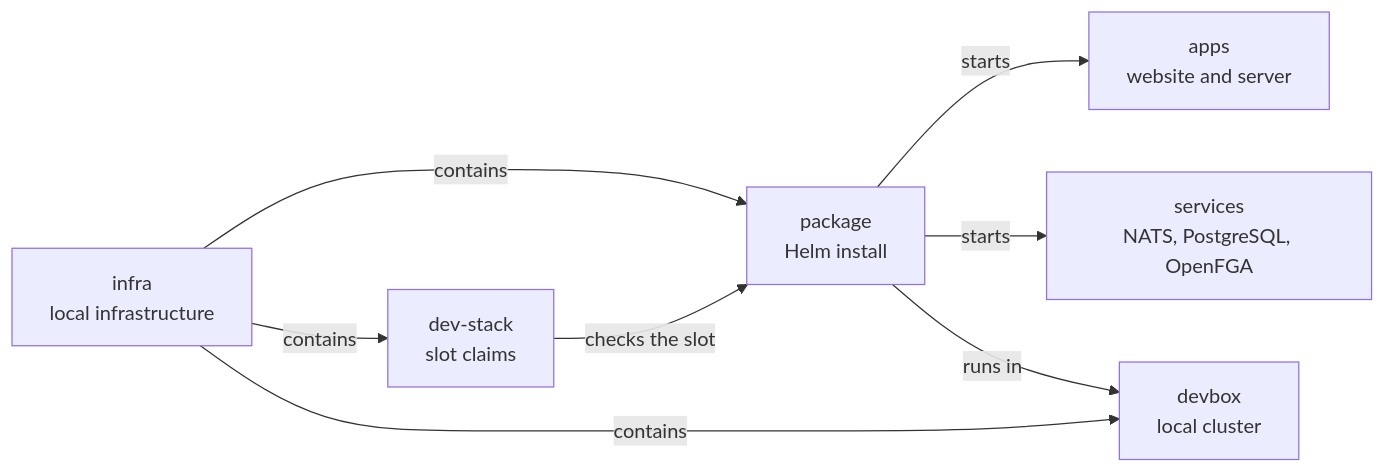
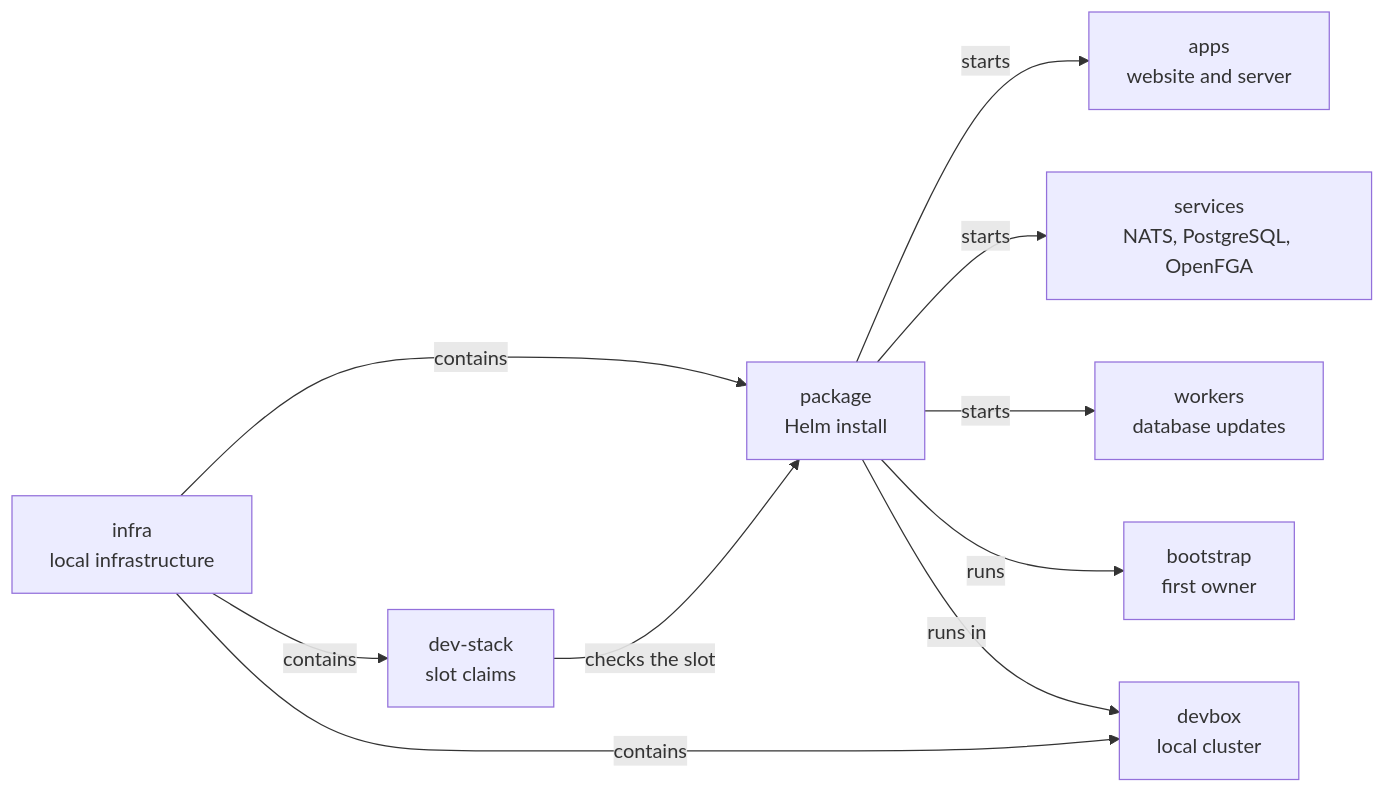
Before and after one commit to elewa-git/opencrane-new: the diagram in infra/package/README.md, drawn with Mermaid. The commit also changed other lines of this file and 28 other files, not shown here.

Commit message:
📦 Run the local package with workers and owner bootstrap

````diff
--- a/infra/package/README.md
+++ b/infra/package/README.md
@@ -16,10 +17,12 @@
 ```mermaid
 flowchart LR
   infra["infra<br/>local infrastructure"] -->|contains| package["package<br/>Helm install"]
   infra -->|contains| stack["dev-stack<br/>slot claims"]
   infra -->|contains| devbox["devbox<br/>local cluster"]
   stack -->|checks the slot| package
   package -->|starts| apps["apps<br/>website and server"]
   package -->|starts| services["services<br/>NATS, PostgreSQL, OpenFGA"]
+  package -->|starts| workers["workers<br/>database updates"]
+  package -->|runs| bootstrap["bootstrap<br/>first owner"]
   package -->|runs in| devbox
 ```
````
